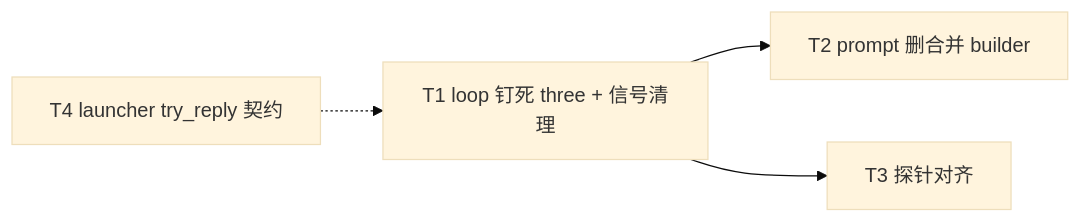
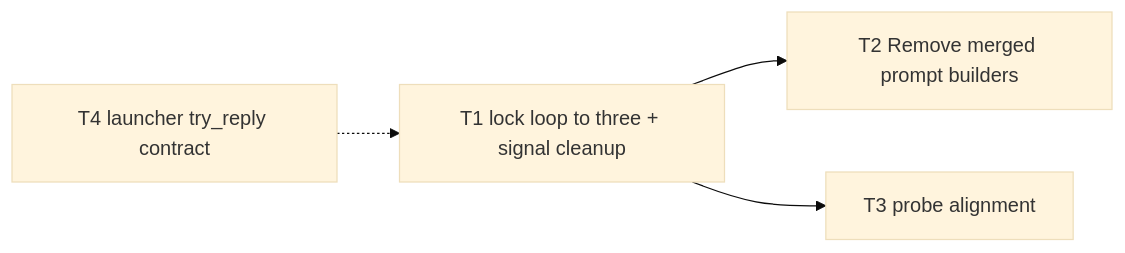
The diagram in docs/specs/0023-event-driven-wait-cleanup.md (Curry09/AHE-Beta), drawn with Mermaid (base theme) before and after one commit. The commit also changed other lines of this file and 531 other files, not shown here.

````diff
--- a/docs/specs/0023-event-driven-wait-cleanup.md
+++ b/docs/specs/0023-event-driven-wait-cleanup.md
@@ -157,10 +157,10 @@
 ```mermaid
 graph LR
-  T1[T1 loop 钉死 three + 信号清理]
-  T2[T2 prompt 删合并 builder]
-  T3[T3 探针对齐]
-  T4[T4 launcher try_reply 契约]
+  T1[T1 lock loop to three + signal cleanup]
+  T2[T2 Remove merged prompt builders]
+  T3[T3 probe alignment]
+  T4[T4 launcher try_reply contract]
   T1 --> T2
   T1 --> T3
   T4 -.-> T1
 ```
````
